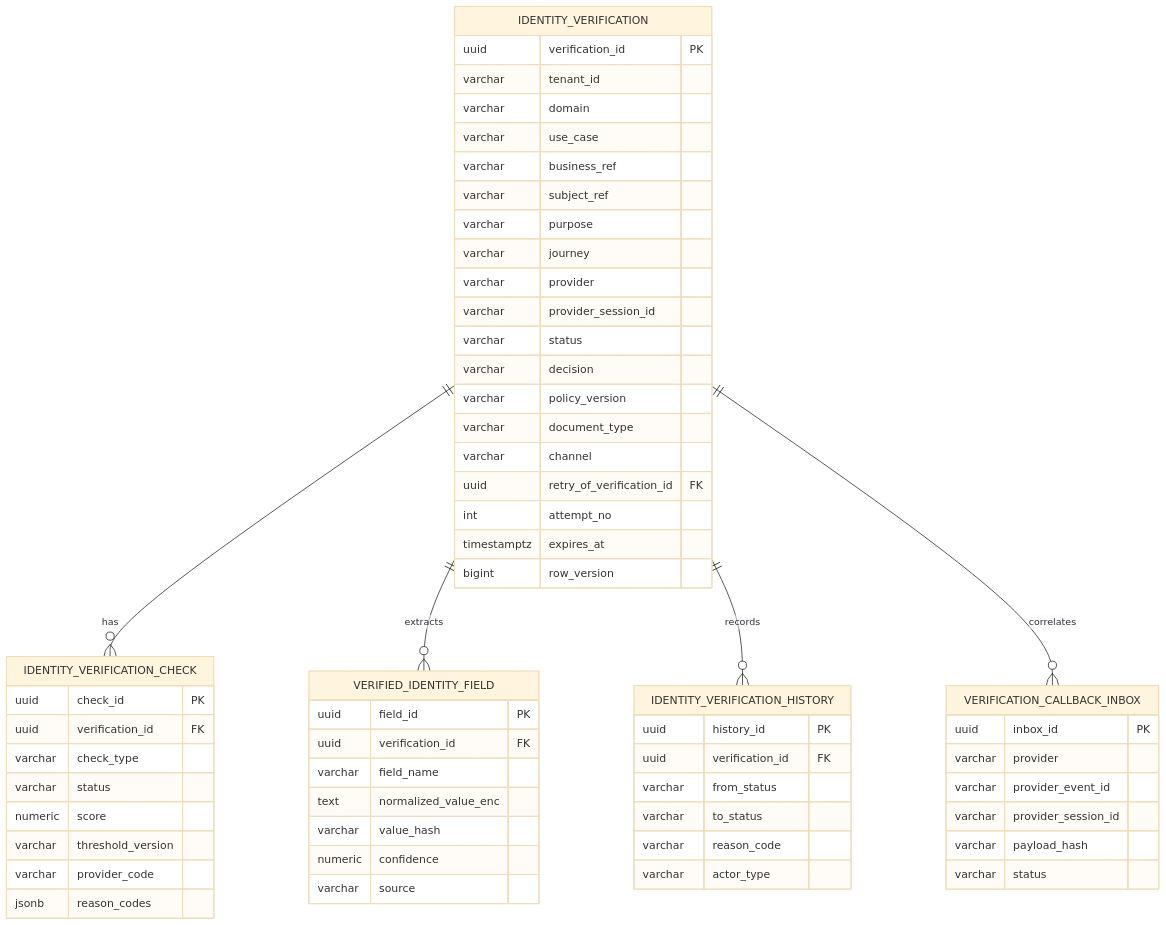
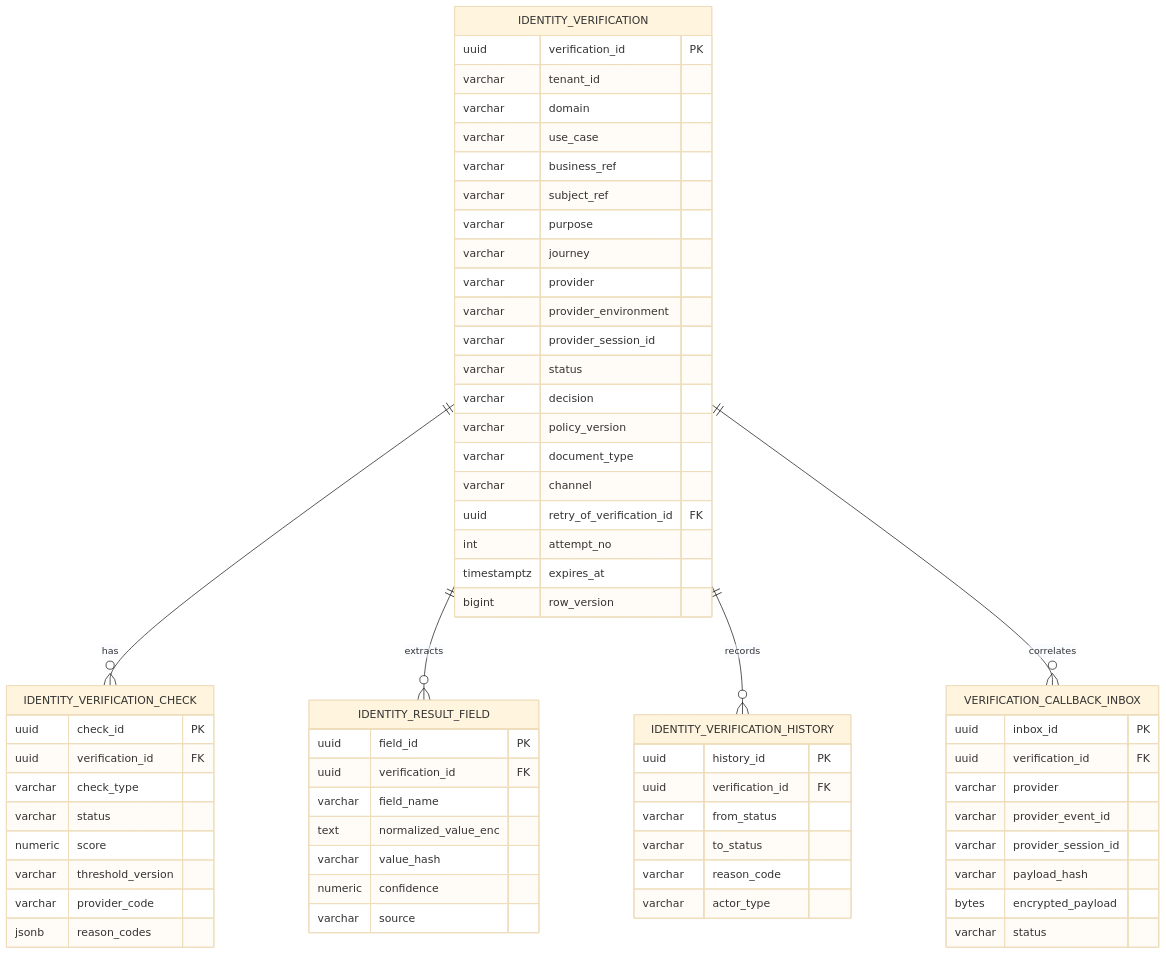
Before and after one commit to huynv-xyz/vhm: the ninth of 24 diagrams in tdd2.md, drawn with Mermaid (base theme). The commit also changed other lines of this file, not shown here.

````diff
--- a/tdd2.md
+++ b/tdd2.md
@@ -640,63 +640,66 @@
 ```mermaid
 erDiagram
     IDENTITY_VERIFICATION {
         uuid verification_id PK
         varchar tenant_id
         varchar domain
         varchar use_case
         varchar business_ref
         varchar subject_ref
         varchar purpose
         varchar journey
         varchar provider
+        varchar provider_environment
         varchar provider_session_id
         varchar status
         varchar decision
         varchar policy_version
         varchar document_type
         varchar channel
         uuid retry_of_verification_id FK
         int attempt_no
         timestamptz expires_at
         bigint row_version
     }
     IDENTITY_VERIFICATION_CHECK {
         uuid check_id PK
         uuid verification_id FK
         varchar check_type
         varchar status
         numeric score
         varchar threshold_version
         varchar provider_code
         jsonb reason_codes
     }
-    VERIFIED_IDENTITY_FIELD {
+    IDENTITY_RESULT_FIELD {
         uuid field_id PK
         uuid verification_id FK
         varchar field_name
         text normalized_value_enc
         varchar value_hash
         numeric confidence
         varchar source
     }
     VERIFICATION_CALLBACK_INBOX {
         uuid inbox_id PK
+        uuid verification_id FK
         varchar provider
         varchar provider_event_id
         varchar provider_session_id
         varchar payload_hash
+        bytes encrypted_payload
         varchar status
     }
     IDENTITY_VERIFICATION_HISTORY {
         uuid history_id PK
         uuid verification_id FK
         varchar from_status
         varchar to_status
         varchar reason_code
         varchar actor_type
     }
     IDENTITY_VERIFICATION ||--o{ IDENTITY_VERIFICATION_CHECK : has
-    IDENTITY_VERIFICATION ||--o{ VERIFIED_IDENTITY_FIELD : extracts
+    IDENTITY_VERIFICATION ||--o{ IDENTITY_RESULT_FIELD : extracts
     IDENTITY_VERIFICATION ||--o{ IDENTITY_VERIFICATION_HISTORY : records
     IDENTITY_VERIFICATION ||--o{ VERIFICATION_CALLBACK_INBOX : correlates
 ```
````
